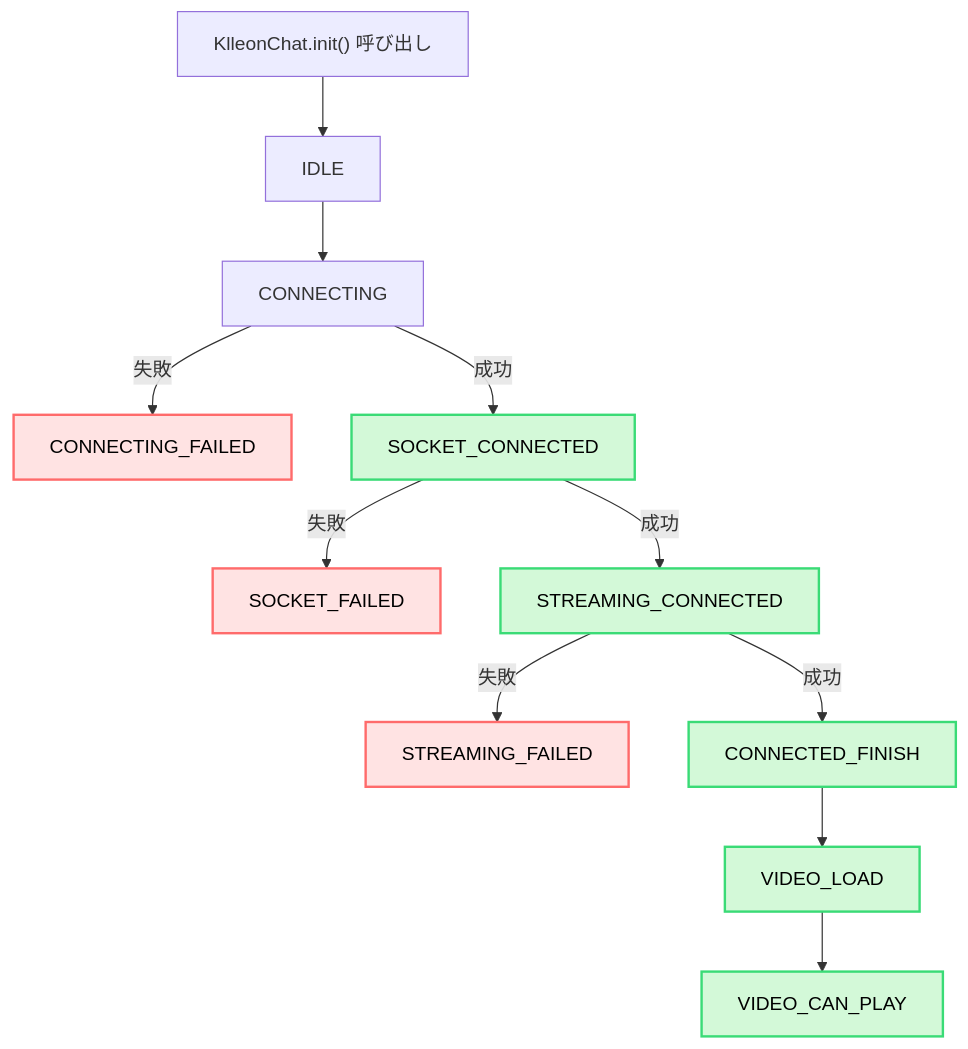
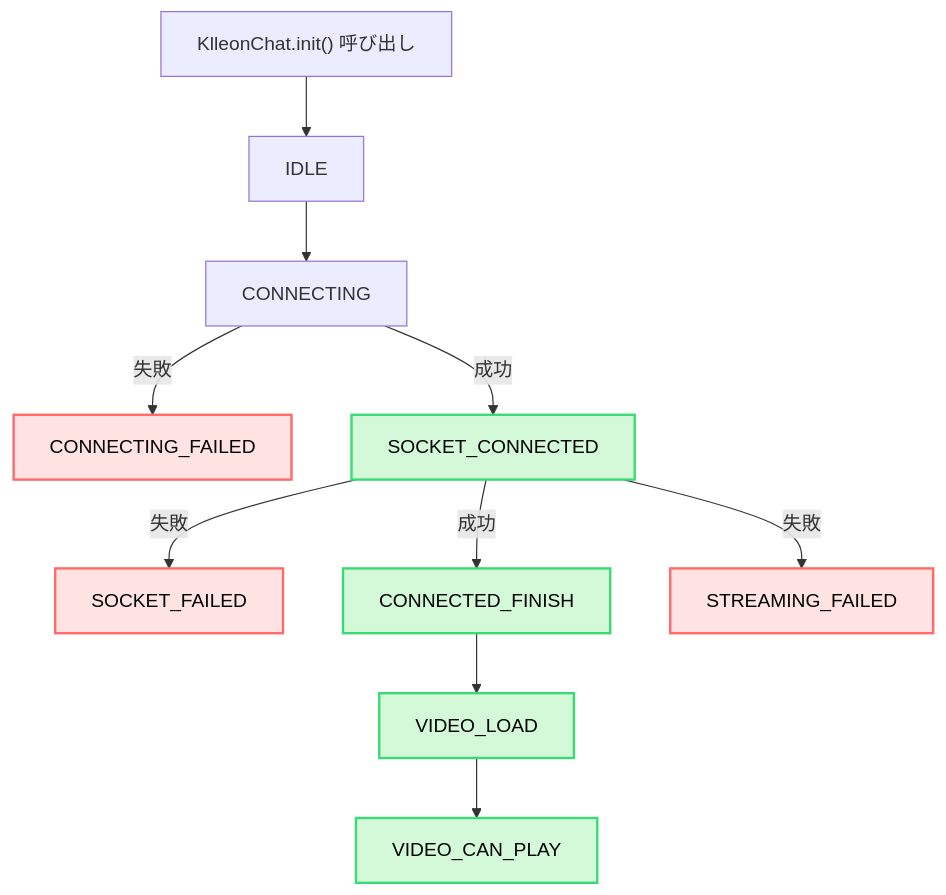
The third of 4 diagrams in i18n/ja/docusaurus-plugin-content-docs/current/03-usage/03-sdk-event.mdx (klleon/web-sdk-docs), drawn with Mermaid before and after one commit. The commit also changed other lines of this file and 116 other files, not shown here.

````diff
--- a/i18n/ja/docusaurus-plugin-content-docs/current/03-usage/03-sdk-event.mdx
+++ b/i18n/ja/docusaurus-plugin-content-docs/current/03-usage/03-sdk-event.mdx
@@ -167,20 +167,19 @@
 ```mermaid
 flowchart TD
     INIT["KlleonChat.init() 呼び出し"] --> A[IDLE]
     A --> B[CONNECTING]
     B -->|失敗| C[CONNECTING_FAILED]
     B -->|成功| D[SOCKET_CONNECTED]
     D -->|失敗| I[SOCKET_FAILED]
-    D -->|成功| E[STREAMING_CONNECTED]
-    E -->|失敗| J[STREAMING_FAILED]
-    E -->|成功| H[CONNECTED_FINISH]
+    D -->|成功| H[CONNECTED_FINISH]
+    D -->|失敗| J[STREAMING_FAILED]
     H --> F[VIDEO_LOAD]
     F --> G[VIDEO_CAN_PLAY]
 
     %% スタイル設定
     classDef success fill:#d3f9d8,stroke:#3adb76,stroke-width:2px,color:#000;
     classDef failure fill:#ffe3e3,stroke:#ff6b6b,stroke-width:2px,color:#000;
 
-    class D,E,H,F,G success;
+    class D,H,F,G success;
     class C,I,J failure;
 ```
````
